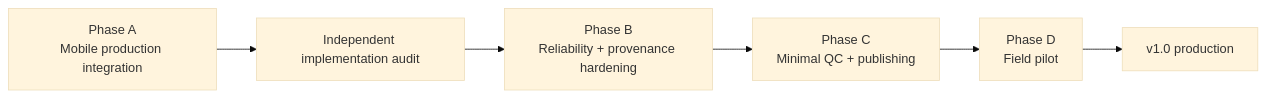
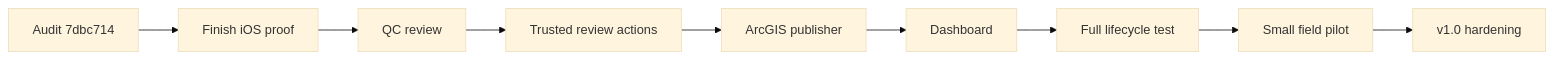
One commit to UnbrokenMango21/watershed-water-quality-dashboard changed the second of 2 diagrams in README.md. Above: the diagram before and after it, drawn with Mermaid (base theme). The commit also changed other lines of this file, not shown here.

````diff
--- a/README.md
+++ b/README.md
@@ -96,12 +67,11 @@
 ```mermaid
 flowchart LR
-    A[Phase A
-Mobile production integration] --> B[Independent implementation audit]
-    B --> C[Phase B
-Reliability + provenance hardening]
-    C --> D[Phase C
-Minimal QC + publishing]
-    D --> E[Phase D
-Field pilot]
-    E --> F[v1.0 production]
+    A[Audit 7dbc714] --> B[Finish iOS proof]
+    B --> C[QC review]
+    C --> D[Trusted review actions]
+    D --> E[ArcGIS publisher]
+    E --> F[Dashboard]
+    F --> G[Full lifecycle test]
+    G --> H[Small field pilot]
+    H --> I[v1.0 hardening]
 ```
````
